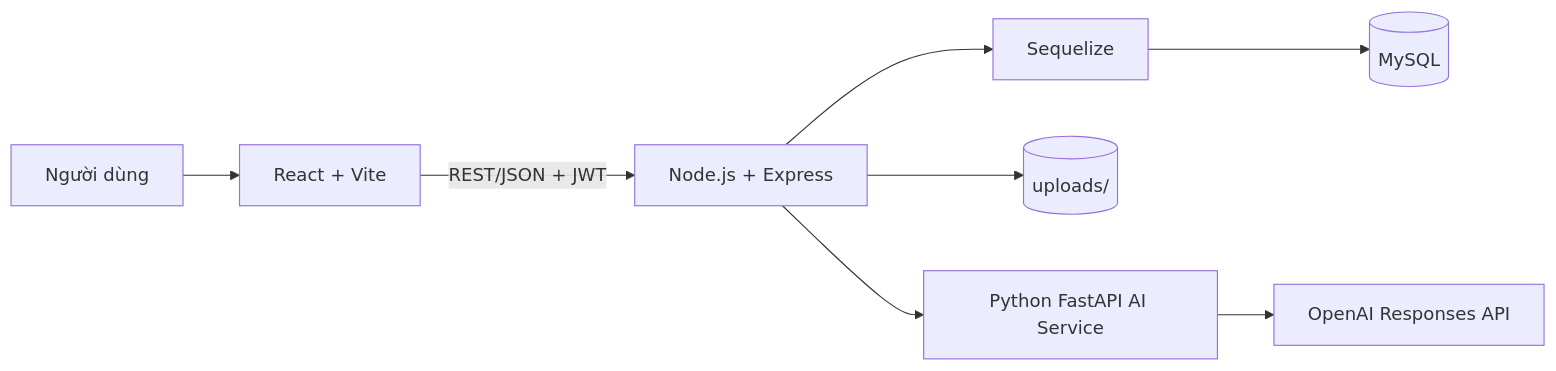
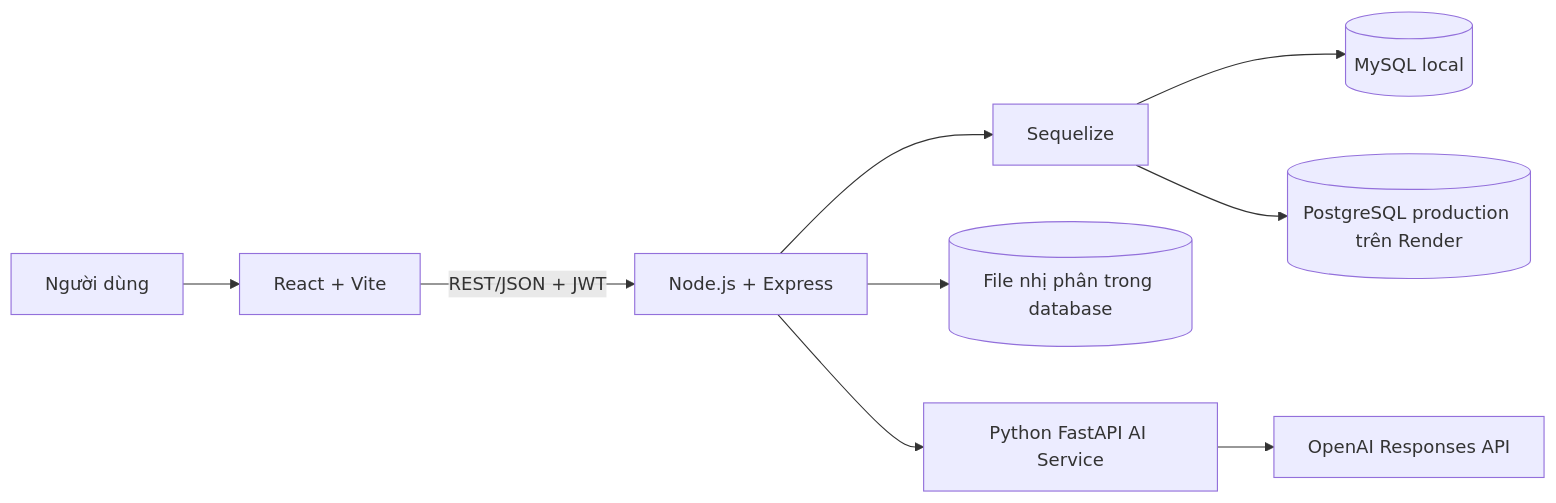
The first of 3 diagrams in docs/diagrams/system-design.md (giakhiem1803/CNPM-3), drawn with Mermaid before and after one commit. The commit also changed other lines of this file and 13 other files, not shown here.

````diff
--- a/docs/diagrams/system-design.md
+++ b/docs/diagrams/system-design.md
@@ -5,10 +5,11 @@
 ```mermaid
 flowchart LR
   U["Người dùng"] --> R["React + Vite"]
   R -->|"REST/JSON + JWT"| E["Node.js + Express"]
   E --> S["Sequelize"]
-  S --> M[("MySQL")]
-  E --> F[("uploads/")]
+  S --> M[("MySQL local")]
+  S --> P[("PostgreSQL production trên Render")]
+  E --> F[("File nhị phân trong database")]
   E --> A["Python FastAPI AI Service"]
   A --> O["OpenAI Responses API"]
 ```
````
